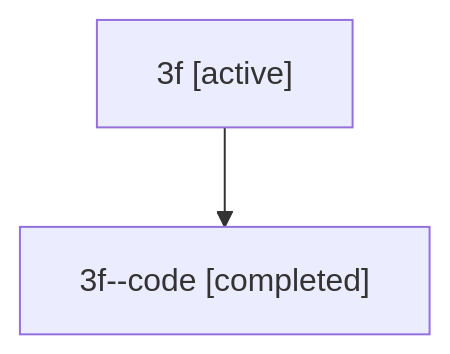
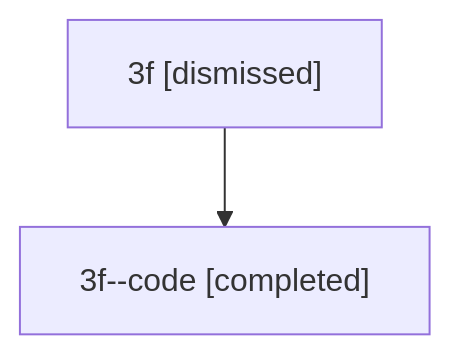
Before and after one commit to sase-org/sase--agents: the diagram in sessions/bbugyi200.athena.3f.md, drawn with Mermaid. The commit also changed other lines of this file and 28 other files, not shown here.

````diff
--- a/sessions/bbugyi200.athena.3f.md
+++ b/sessions/bbugyi200.athena.3f.md
@@ -9,6 +9,6 @@
 ```mermaid
 flowchart TD
-  n0["3f [active]"]
+  n0["3f [dismissed]"]
   n1["3f--code [completed]"]
   n0 --> n1
 ```
````
